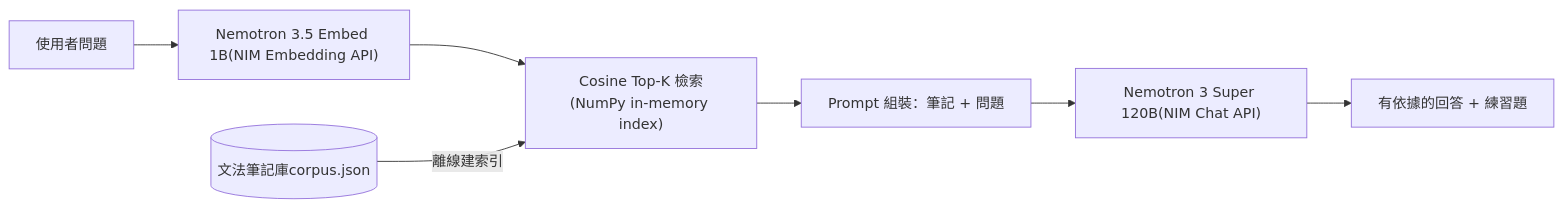
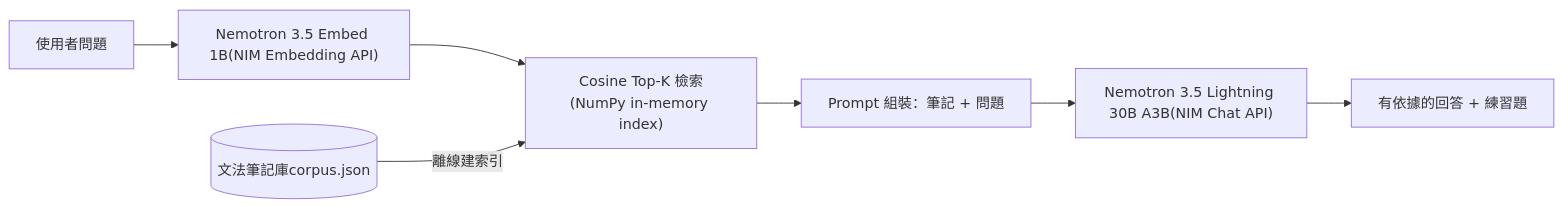
The diagram in README.md (jjfishjj/nim-rag-language-tutor), drawn with Mermaid before and after one commit. The commit also changed other lines of this file and 2 other files, not shown here.

Commit message:
Track current hosted Nemotron models

````diff
--- a/README.md
+++ b/README.md
@@ -39,9 +39,9 @@
 ```mermaid
 flowchart LR
     Q[使用者問題] --> E["Nemotron 3.5 Embed 1B(NIM Embedding API)"]
     E --> R["Cosine Top-K 檢索(NumPy in-memory index)"]
     C[(文法筆記庫corpus.json)] -->|離線建索引| R
     R --> P[Prompt 組裝：筆記 + 問題]
-    P --> L["Nemotron 3 Super 120B(NIM Chat API)"]
+    P --> L["Nemotron 3.5 Lightning 30B A3B(NIM Chat API)"]
     L --> A[有依據的回答 + 練習題]
 ```
````
